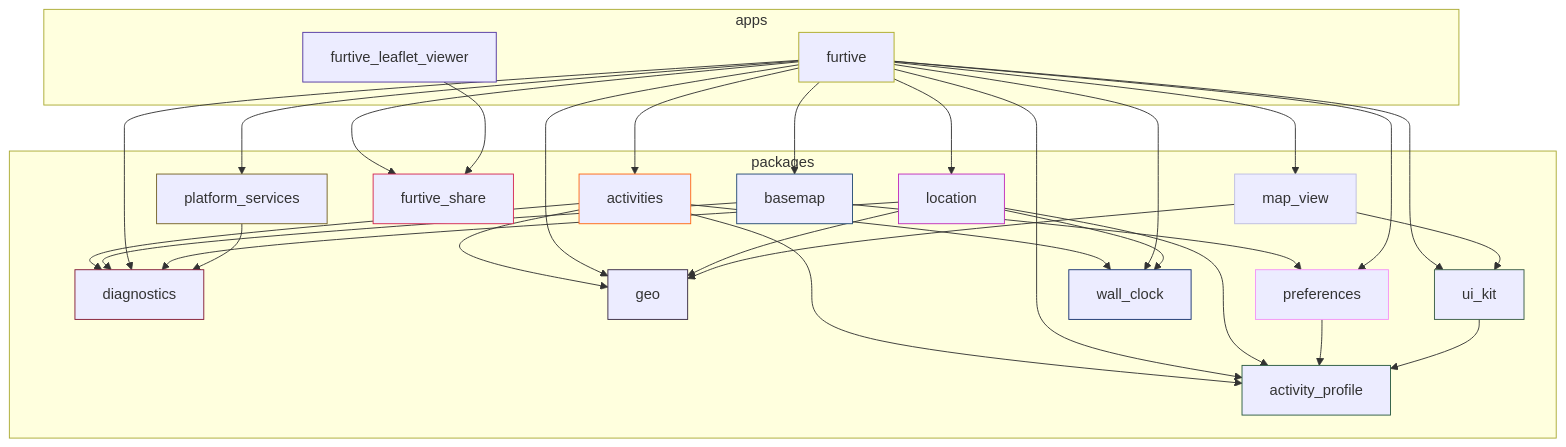
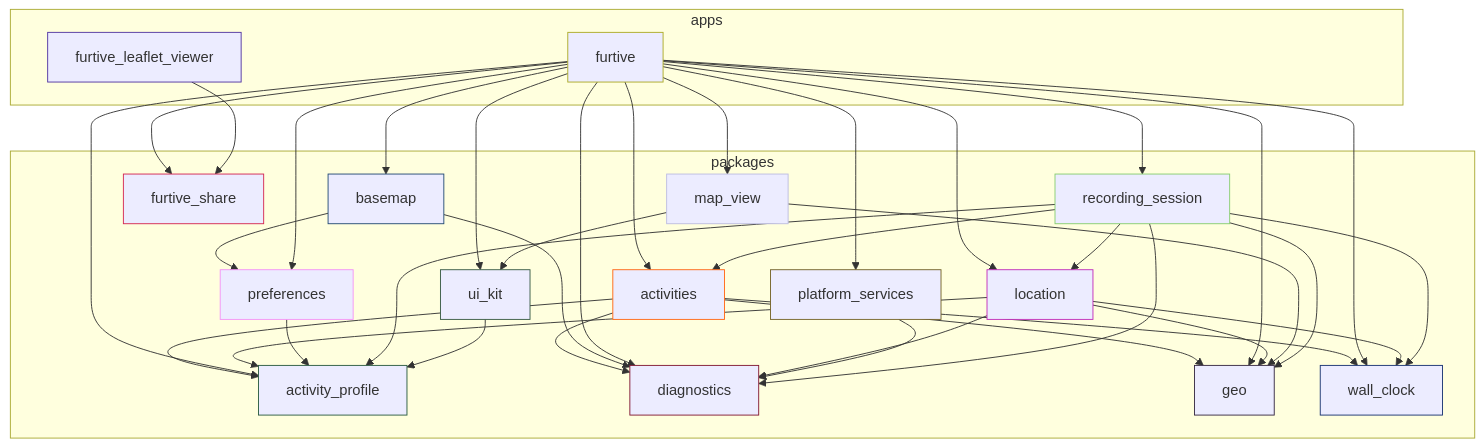
One commit to ethicnology-agent/furtive changed the diagram in docs/module-graph.md. Above: the diagram before and after it, drawn with Mermaid. The commit also changed 21 other files, not shown here.

```diff
--- a/docs/module-graph.md
+++ b/docs/module-graph.md
@@ -28,6 +28,8 @@
   style platform_services stroke:#746227
   preferences["preferences"]
   style preferences stroke:#f493f6
+  recording_session["recording_session"]
+  style recording_session stroke:#88cd71
   ui_kit["ui_kit"]
   style ui_kit stroke:#375a43
   wall_clock["wall_clock"]
@@ -49,6 +51,7 @@
   furtive --> map_view
   furtive --> platform_services
   furtive --> preferences
+  furtive --> recording_session
   furtive --> ui_kit
   furtive_leaflet_viewer --> furtive_share
   location --> activity_profile
@@ -59,6 +62,12 @@
   map_view --> ui_kit
   platform_services --> diagnostics
   preferences --> activity_profile
+  recording_session --> activities
+  recording_session --> activity_profile
+  recording_session --> diagnostics
+  recording_session --> geo
+  recording_session --> location
+  recording_session --> wall_clock
   ui_kit --> activity_profile
   subgraph packages0 ["packages"]
     activities
@@ -71,6 +80,7 @@
     map_view
     platform_services
     preferences
+    recording_session
     ui_kit
     wall_clock
   end
```
